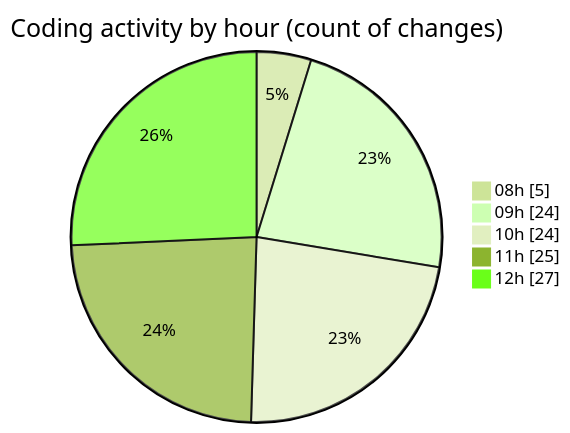
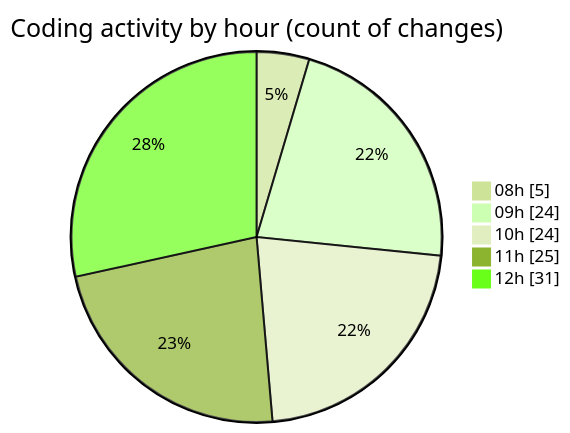
The second of 2 diagrams in 2025-11-24/cda/README.md (momahboobian/code-tracking), drawn with Mermaid (forest theme) before and after one commit. The commit also changed other lines of this file and 1 other file, not shown here.

````diff
--- a/2025-11-24/cda/README.md
+++ b/2025-11-24/cda/README.md
@@ -40,9 +41,9 @@
 ```mermaid
 pie showData
 title Coding activity by hour (count of changes)
 "08h" : 5
 "09h" : 24
 "10h" : 24
 "11h" : 25
-"12h" : 27
+"12h" : 31
 ```
````
